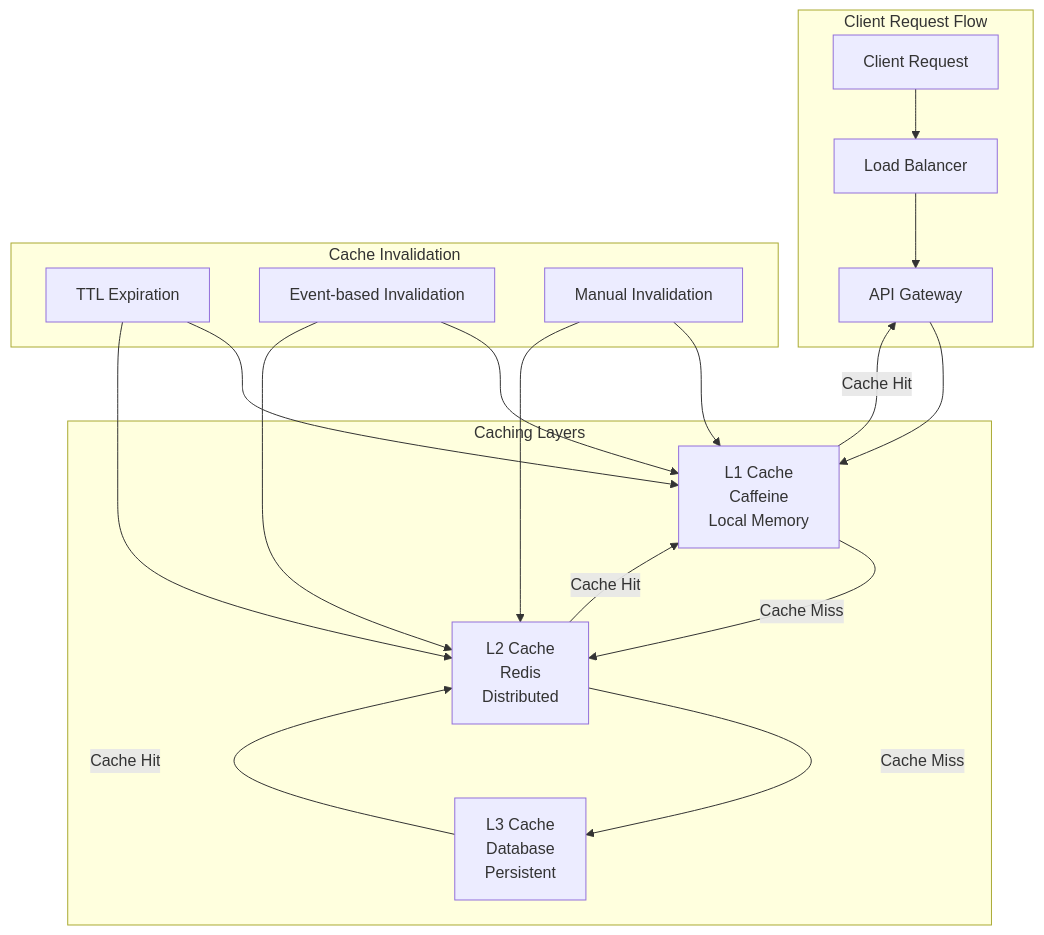
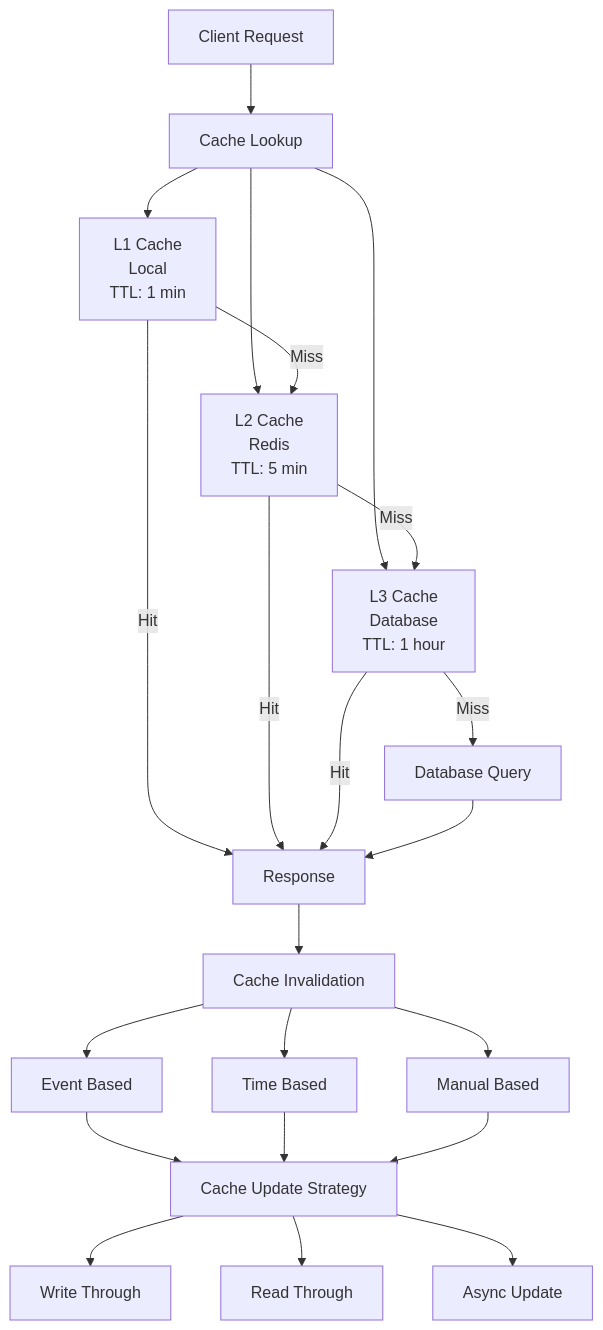
Before and after one commit to rmjamd/android-chatting-and-posting-application: the fifth of 16 diagrams in README.md, drawn with Mermaid. The commit also changed other lines of this file, not shown here.

````diff
--- a/README.md
+++ b/README.md
@@ -889,38 +445,30 @@
 ```mermaid
-graph TB
-    subgraph "Client Request Flow"
-        CLIENT[Client Request]
-        LB[Load Balancer]
-        API[API Gateway]
-    end
+graph TD
+    CR[Client Request] --> CL[Cache Lookup]
     
-    subgraph "Caching Layers"
-        L1[L1 Cache<br/>Caffeine<br/>Local Memory]
-        L2[L2 Cache<br/>Redis<br/>Distributed]
-        L3[L3 Cache<br/>Database<br/>Persistent]
-    end
+    CL --> L1[L1 Cache<br/>Local<br/>TTL: 1 min]
+    CL --> L2[L2 Cache<br/>Redis<br/>TTL: 5 min]
+    CL --> L3[L3 Cache<br/>Database<br/>TTL: 1 hour]
     
-    subgraph "Cache Invalidation"
-        TTL[TTL Expiration]
-        EVENT_INVALIDATION[Event-based Invalidation]
-        MANUAL[Manual Invalidation]
-    end
+    L1 -->|Miss| L2
+    L2 -->|Miss| L3
+    L3 -->|Miss| DB[Database Query]
     
-    CLIENT --> LB
-    LB --> API
-    API --> L1
+    L1 -->|Hit| RESP[Response]
+    L2 -->|Hit| RESP
+    L3 -->|Hit| RESP
+    DB --> RESP
     
-    L1 -->|Cache Miss| L2
-    L2 -->|Cache Miss| L3
+    RESP --> CI[Cache Invalidation]
+    CI --> EB[Event Based]
+    CI --> TB[Time Based]
+    CI --> MB[Manual Based]
     
-    L3 -->|Cache Hit| L2
-    L2 -->|Cache Hit| L1
-    L1 -->|Cache Hit| API
+    EB --> CUS[Cache Update Strategy]
+    TB --> CUS
+    MB --> CUS
     
-    TTL --> L1
-    TTL --> L2
-    EVENT_INVALIDATION --> L1
-    EVENT_INVALIDATION --> L2
-    MANUAL --> L1
-    MANUAL --> L2
+    CUS --> WT[Write Through]
+    CUS --> RT[Read Through]
+    CUS --> AU[Async Update]
 ```
````
